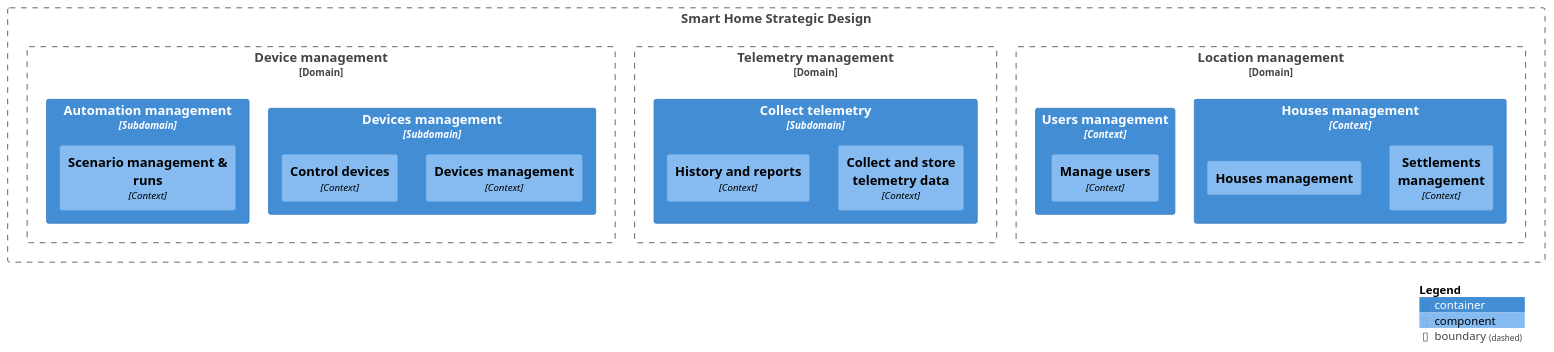
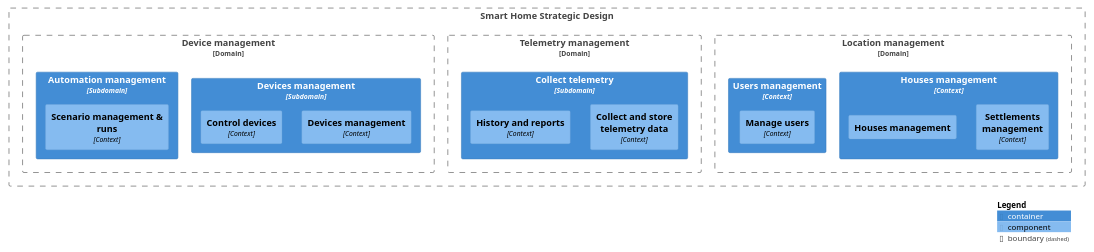
The diagram in docs/docs/assets/target/StrategicDesign.md (belkevglaz/yc-apo-sprint3), drawn with PlantUML before and after one commit. The commit also changed 10 other files, not shown here.

````diff
--- a/docs/docs/assets/target/StrategicDesign.md
+++ b/docs/docs/assets/target/StrategicDesign.md
@@ -1,44 +1,44 @@
 ```puml
 @startuml
-
+scale 0.7
 top to bottom direction
 
-'!includeurl https://raw.githubusercontent.com/plantuml-stdlib/C4-PlantUML/master/C4_Component.puml
-!include ../templates/C4_Component.puml
+!includeurl https://raw.githubusercontent.com/plantuml-stdlib/C4-PlantUML/master/C4_Component.puml
+'!include ../templates/C4_Component.puml
 
 Boundary(c1_strategic_design, "Smart Home Strategic Design") {
 
     Boundary(c1_location_domain, "Location management", "Domain") {
         Container(c2_houses, "Houses management", "Context") {
             Component(c3_settl_management, "Settlements management", "Context")
             Component(c3_house_management, "Houses management")
         }
         Container(c2_user, "Users management", "Context") {
             Component(c3_user_management, "Manage users", "Context")
     '        Component(c3_user_profile, "Manage user profile", "Context")
         }
     }
     
     Boundary(c1_telemetry_domain, "Telemetry management", "Domain") {
         Container(c2_tele, "Collect telemetry", "Subdomain") {
             Component(c3_tele_store, "Collect and store telemetry data", "Context")
             Component(c3_tele_report, "History and reports", "Context")
         }
         
     }
     
     Boundary(c1_device_domain, "Device management", "Domain") {
         Container(c2_device, "Devices management", "Subdomain") {
             Component(c3_device_management, "Devices management", "Context")
             Component(c3_device_control, "Control devices", "Context")
         }
         Container(c2_automation, "Automation management", "Subdomain") {
             Component(c3_automation_management, "Scenario management & runs", "Context")
         }
     }
 }
 
 SHOW_LEGEND()
 
 @enduml
 ```
````
